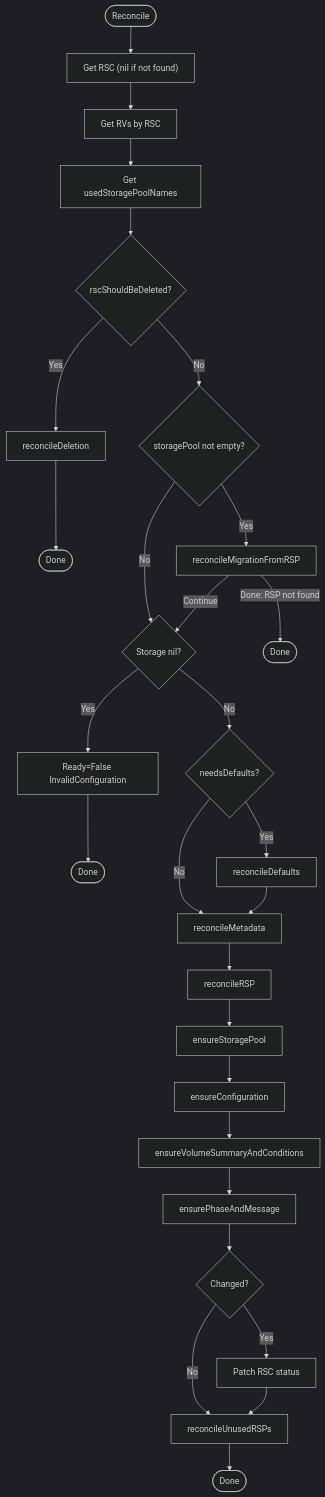
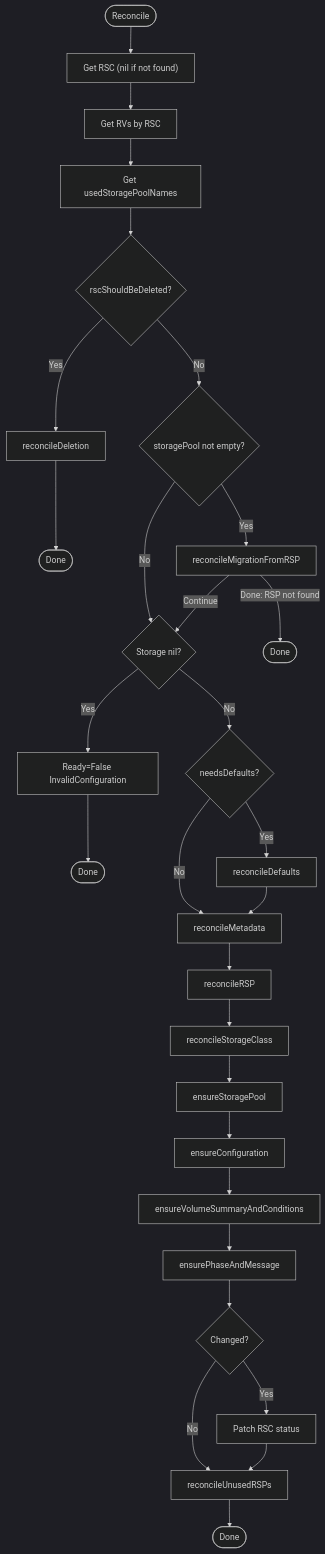
The first of 9 diagrams in images/controller/internal/controllers/rsc_controller/README.md (deckhouse/sds-replicated-volume), drawn with Mermaid (dark theme) before and after one commit. The commit also changed other lines of this file and 14 other files, not shown here.

````diff
--- a/images/controller/internal/controllers/rsc_controller/README.md
+++ b/images/controller/internal/controllers/rsc_controller/README.md
@@ -80,37 +85,38 @@
 ```mermaid
 flowchart TD
     Start([Reconcile]) --> GetRSC["Get RSC (nil if not found)"]
     GetRSC --> GetRVs[Get RVs by RSC]
     GetRVs --> GetUsedPools[Get usedStoragePoolNames]
 
     GetUsedPools --> ShouldDelete{rscShouldBeDeleted?}
     ShouldDelete -->|Yes| Deletion[reconcileDeletion]
     Deletion --> DeletionDone([Done])
 
     ShouldDelete -->|No| Migration{storagePool not empty?}
     Migration -->|Yes| MigrationStep[reconcileMigrationFromRSP]
     Migration -->|No| CheckStorage
     MigrationStep -->|Done: RSP not found| MigrationDone([Done])
     MigrationStep -->|Continue| CheckStorage
 
     CheckStorage{Storage nil?}
     CheckStorage -->|Yes| StorageInvalid["Ready=False InvalidConfiguration"]
     StorageInvalid --> StorageInvalidDone([Done])
     CheckStorage -->|No| NeedsDefaults{needsDefaults?}
 
     NeedsDefaults -->|Yes| Defaults[reconcileDefaults]
     NeedsDefaults -->|No| Metadata
     Defaults --> Metadata[reconcileMetadata]
 
     Metadata --> ReconcileRSP[reconcileRSP]
-    ReconcileRSP --> EnsureStoragePool[ensureStoragePool]
+    ReconcileRSP --> ReconcileSC[reconcileStorageClass]
+    ReconcileSC --> EnsureStoragePool[ensureStoragePool]
     EnsureStoragePool --> EnsureConfig[ensureConfiguration]
     EnsureConfig --> EnsureVolumes[ensureVolumeSummaryAndConditions]
     EnsureVolumes --> EnsurePhase[ensurePhaseAndMessage]
     EnsurePhase --> PatchDecision{Changed?}
     PatchDecision -->|Yes| PatchStatus[Patch RSC status]
     PatchDecision -->|No| ReleaseRSPs
     PatchStatus --> ReleaseRSPs
 
     ReleaseRSPs[reconcileUnusedRSPs] --> EndNode([Done])
 ```
````
